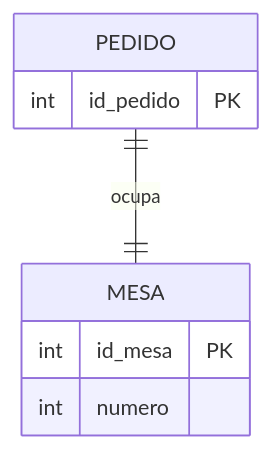
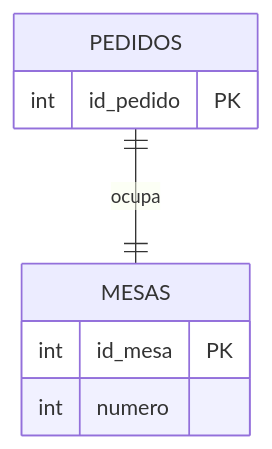
Before and after one commit to GTI-Fatec-Jahu/BDA-GTI-2026-2: the seventh of 7 diagrams in docs/aulas/Aula_02_Gabarito.md, drawn with Mermaid. The commit also changed other lines of this file and 5 other files, not shown here.

````diff
--- a/docs/aulas/Aula_02_Gabarito.md
+++ b/docs/aulas/Aula_02_Gabarito.md
@@ -244,11 +244,11 @@
 ```mermaid
 erDiagram
-    PEDIDO {
+    PEDIDOS {
         int id_pedido PK
     }
-    MESA {
+    MESAS {
         int id_mesa PK
         int numero
     }
-    PEDIDO ||--|| MESA : "ocupa"
+    PEDIDOS ||--|| MESAS : "ocupa"
 ```
````
